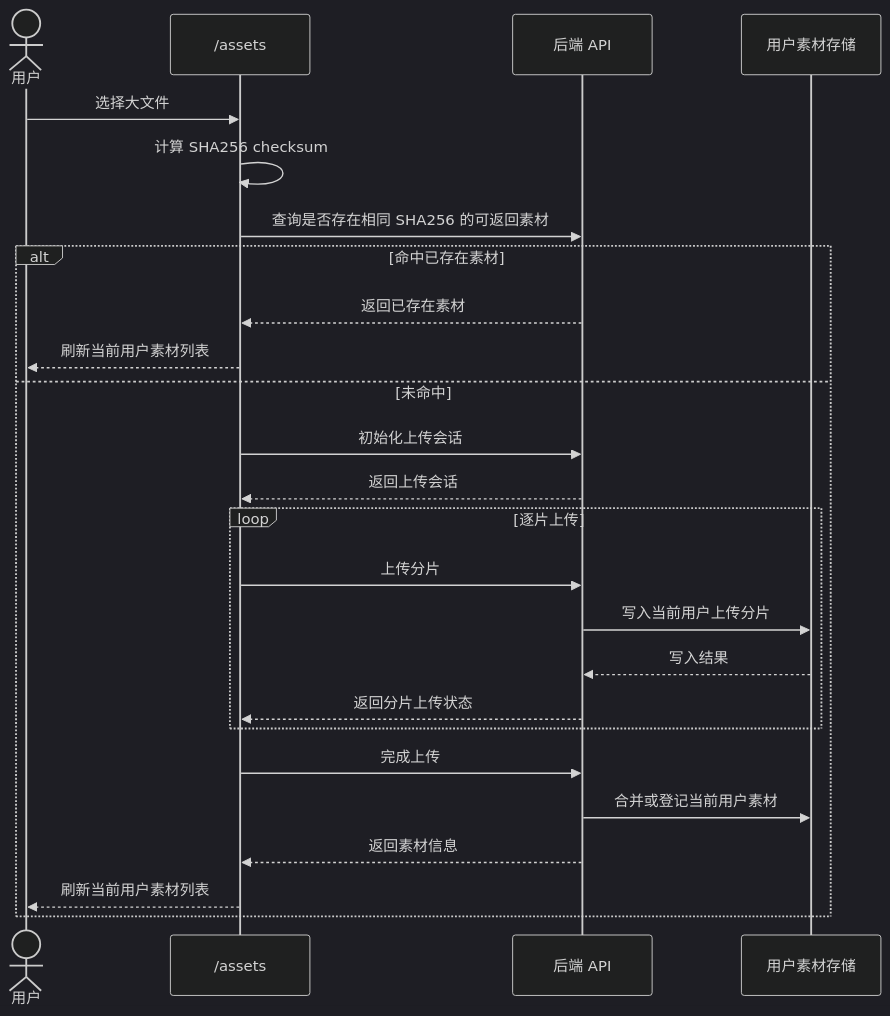
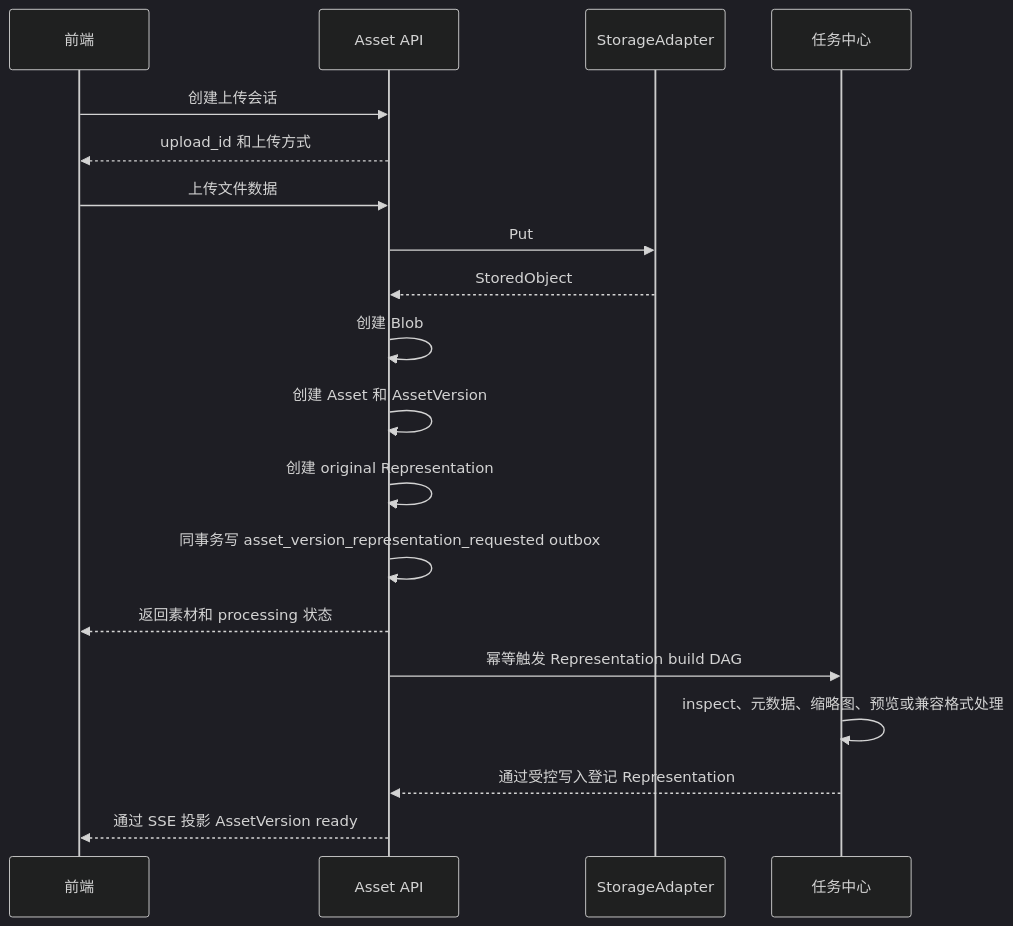
Before and after one commit to wangweihong/omnimam-spec: the second of 2 diagrams in 00_product/domains/asset-library/product-spec.md, drawn with Mermaid (dark theme). The commit also changed other lines of this file and 34 other files, not shown here.

````diff
--- a/00_product/domains/asset-library/product-spec.md
+++ b/00_product/domains/asset-library/product-spec.md
@@ -535,28 +1837,22 @@
 ```mermaid
 sequenceDiagram
-  actor U as 用户
-  participant UI as /assets
-  participant API as 后端 API
-  participant Store as 用户素材存储
+    participant UI as 前端
+    participant API as Asset API
+    participant Storage as StorageAdapter
+    participant Task as 任务中心
 
-  U->>UI: 选择大文件
-  UI->>UI: 计算 SHA256 checksum
-  UI->>API: 查询是否存在相同 SHA256 的可返回素材
-  alt 命中已存在素材
-    API-->>UI: 返回已存在素材
-    UI-->>U: 刷新当前用户素材列表
-  else 未命中
-    UI->>API: 初始化上传会话
-    API-->>UI: 返回上传会话
-    loop 逐片上传
-      UI->>API: 上传分片
-      API->>Store: 写入当前用户上传分片
-      Store-->>API: 写入结果
-      API-->>UI: 返回分片上传状态
-    end
-    UI->>API: 完成上传
-    API->>Store: 合并或登记当前用户素材
-    API-->>UI: 返回素材信息
-    UI-->>U: 刷新当前用户素材列表
-  end
+    UI->>API: 创建上传会话
+    API-->>UI: upload_id 和上传方式
+    UI->>API: 上传文件数据
+    API->>Storage: Put
+    Storage-->>API: StoredObject
+    API->>API: 创建 Blob
+    API->>API: 创建 Asset 和 AssetVersion
+    API->>API: 创建 original Representation
+    API->>API: 同事务写 asset_version_representation_requested outbox
+    API-->>UI: 返回素材和 processing 状态
+    API->>Task: 幂等触发 Representation build DAG
+    Task->>Task: inspect、元数据、缩略图、预览或兼容格式处理
+    Task-->>API: 通过受控写入登记 Representation
+    API-->>UI: 通过 SSE 投影 AssetVersion ready
 ```
````
